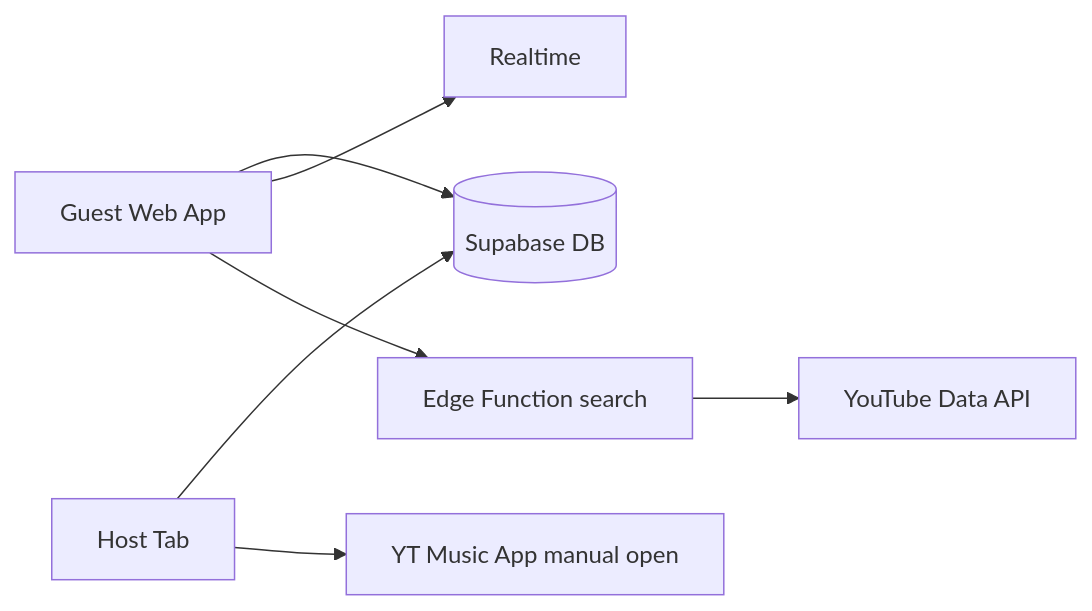
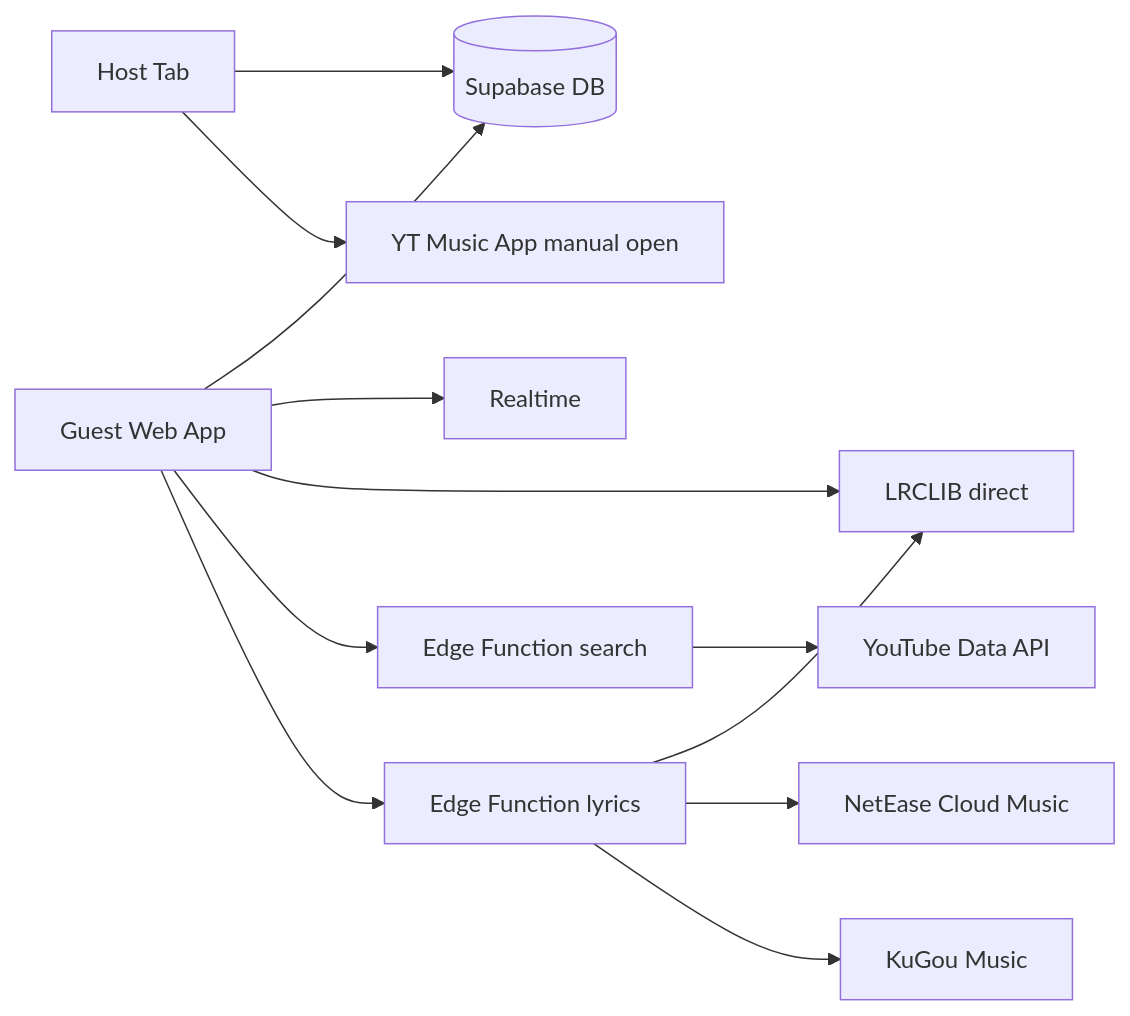
Before and after one commit to T3lluz/YTMQ: the diagram in docs/AGENT.md, drawn with Mermaid. The commit also changed other lines of this file and 1 other file, not shown here.

Commit message:
docs: describe lyrics edge function deploy + sourcing

````diff
--- a/docs/AGENT.md
+++ b/docs/AGENT.md
@@ -152,9 +153,14 @@
 ```mermaid
 flowchart LR
   G[Guest Web App] --> SB[(Supabase DB)]
   G --> RT[Realtime]
+  G --> LRC[LRCLIB direct]
   H[Host Tab] --> SB
   H --> YTM[YT Music App manual open]
   EF[Edge Function search] --> YTAPI[YouTube Data API]
+  LY[Edge Function lyrics] --> LRC
+  LY --> NE[NetEase Cloud Music]
+  LY --> KG[KuGou Music]
   G --> EF
+  G --> LY
 ```
````
